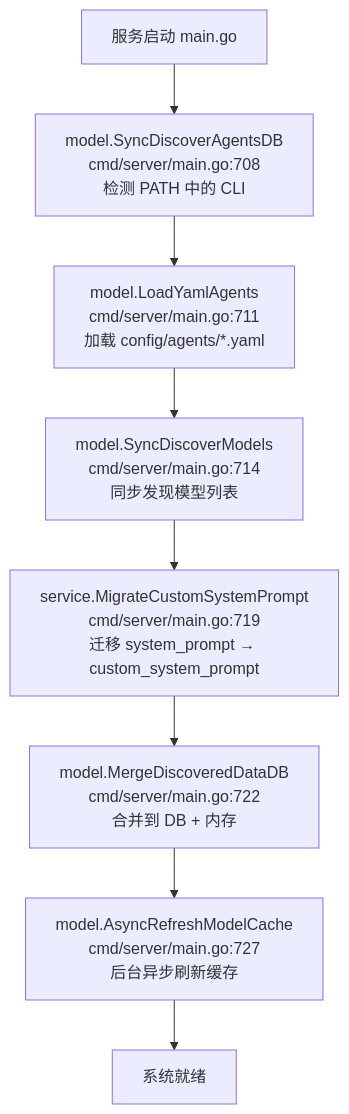
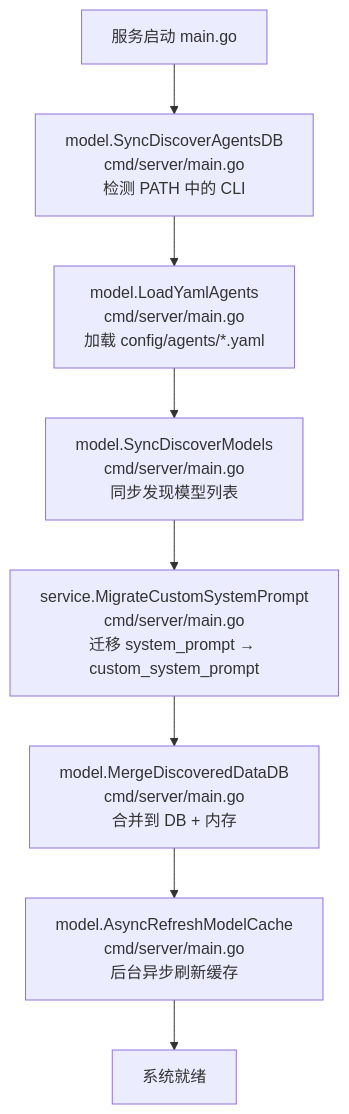
Before and after one commit to 0REZ/clawbench: the first of 2 diagrams in docs/spec/infra/config-and-discovery.md, drawn with Mermaid. The commit also changed other lines of this file and 148 other files, not shown here.

````diff
--- a/docs/spec/infra/config-and-discovery.md
+++ b/docs/spec/infra/config-and-discovery.md
@@ -9,10 +9,10 @@
 ```mermaid
 flowchart TD
-    A[服务启动 main.go] --> B[model.SyncDiscoverAgentsDB<br/>cmd/server/main.go:708<br/>检测 PATH 中的 CLI]
-    B --> C[model.LoadYamlAgents<br/>cmd/server/main.go:711<br/>加载 config/agents/*.yaml]
-    C --> D[model.SyncDiscoverModels<br/>cmd/server/main.go:714<br/>同步发现模型列表]
-    D --> E[service.MigrateCustomSystemPrompt<br/>cmd/server/main.go:719<br/>迁移 system_prompt → custom_system_prompt]
-    E --> F[model.MergeDiscoveredDataDB<br/>cmd/server/main.go:722<br/>合并到 DB + 内存]
-    F --> G[model.AsyncRefreshModelCache<br/>cmd/server/main.go:727<br/>后台异步刷新缓存]
+    A[服务启动 main.go] --> B[model.SyncDiscoverAgentsDB<br/>cmd/server/main.go<br/>检测 PATH 中的 CLI]
+    B --> C[model.LoadYamlAgents<br/>cmd/server/main.go<br/>加载 config/agents/*.yaml]
+    C --> D[model.SyncDiscoverModels<br/>cmd/server/main.go<br/>同步发现模型列表]
+    D --> E[service.MigrateCustomSystemPrompt<br/>cmd/server/main.go<br/>迁移 system_prompt → custom_system_prompt]
+    E --> F[model.MergeDiscoveredDataDB<br/>cmd/server/main.go<br/>合并到 DB + 内存]
+    F --> G[model.AsyncRefreshModelCache<br/>cmd/server/main.go<br/>后台异步刷新缓存]
     G --> H[系统就绪]
 ```
````
